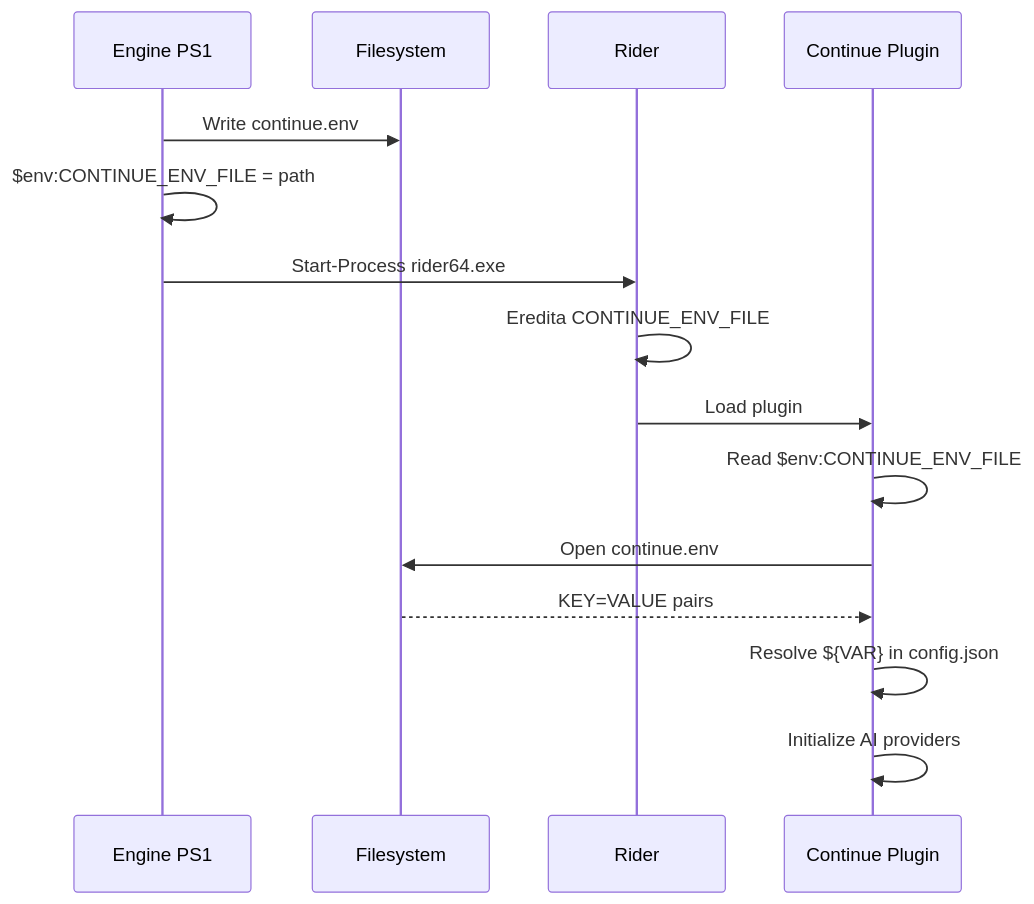
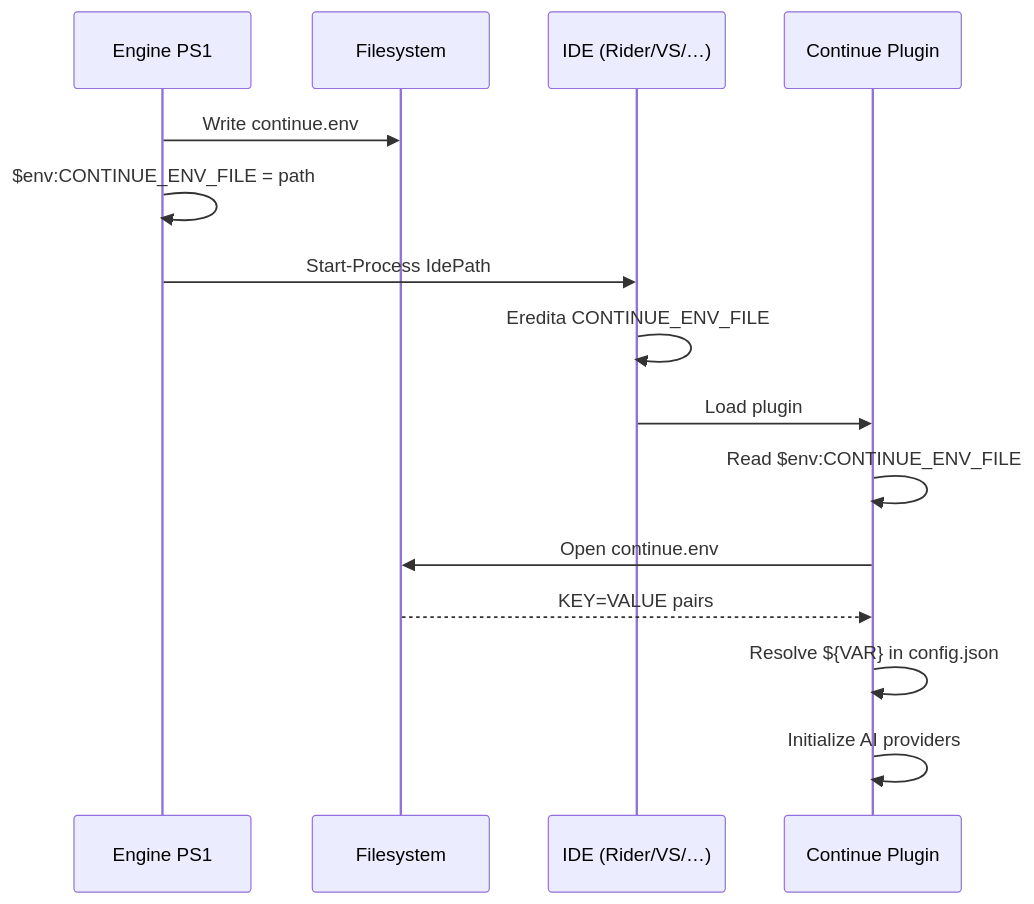
One commit to gargiolastech-core/gargiolastech-ai-tooling changed diagram 14 of 21 in docs/DOCUMENTATION.md. Above: the diagram before and after it, drawn with Mermaid. The commit also changed other lines of this file, not shown here.

Commit message:
docs: Comprehensive update of `DOCUMENTATION.md` for v2.0 multi-IDE support

````diff
--- a/docs/DOCUMENTATION.md
+++ b/docs/DOCUMENTATION.md
@@ -1661,18 +1789,18 @@
 ```mermaid
 sequenceDiagram
     participant Engine as Engine PS1
     participant FS as Filesystem
-    participant Rider
+    participant IDE as IDE (Rider/VS/…)
     participant Continue as Continue Plugin
 
     Engine->>FS: Write continue.env
     Engine->>Engine: $env:CONTINUE_ENV_FILE = path
-    Engine->>Rider: Start-Process rider64.exe
-    Rider->>Rider: Eredita CONTINUE_ENV_FILE
-    Rider->>Continue: Load plugin
+    Engine->>IDE: Start-Process IdePath
+    IDE->>IDE: Eredita CONTINUE_ENV_FILE
+    IDE->>Continue: Load plugin
     Continue->>Continue: Read $env:CONTINUE_ENV_FILE
     Continue->>FS: Open continue.env
     FS-->>Continue: KEY=VALUE pairs
     Continue->>Continue: Resolve ${VAR} in config.json
     Continue->>Continue: Initialize AI providers
 ```
````
